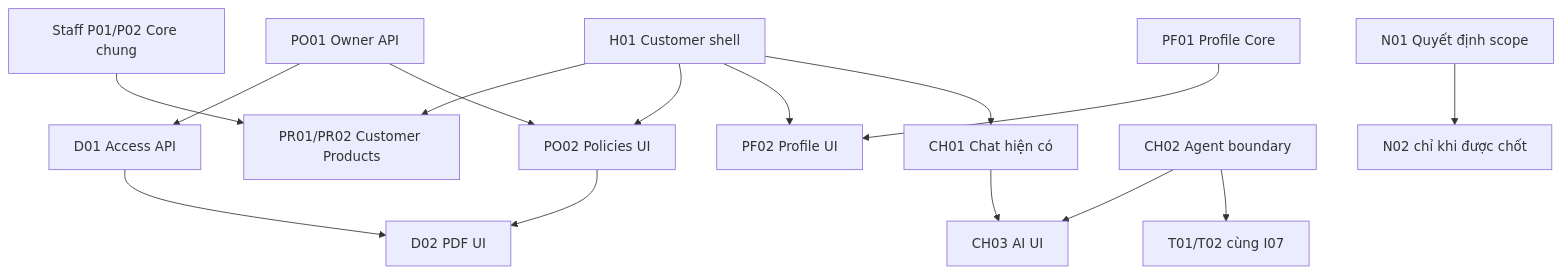
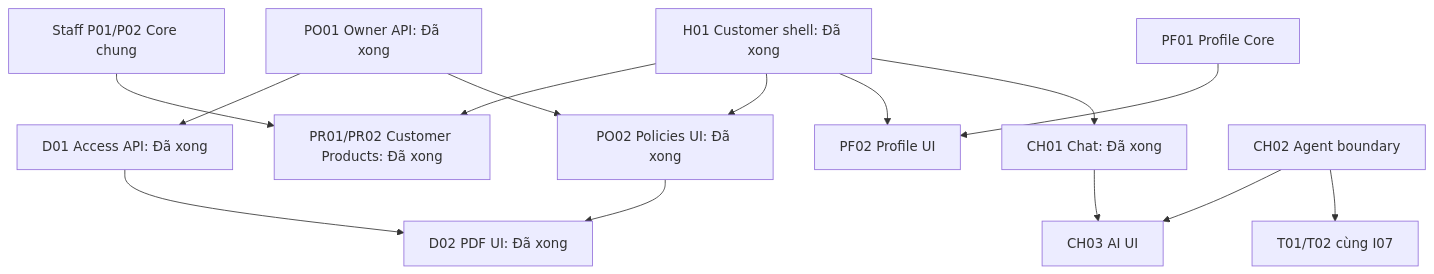
One commit to natuan05/LifeInsuranceAIAssistant changed the diagram in docs/ui/customer/plans/README.md. Above: the diagram before and after it, drawn with Mermaid. The commit also changed other lines of this file and 47 other files, not shown here.

Commit message:
feat(customer): implement customer portal with policies, products, shell and documentation

````diff
--- a/docs/ui/customer/plans/README.md
+++ b/docs/ui/customer/plans/README.md
@@ -38,17 +37,16 @@
 ```mermaid
 flowchart TD
-  P[Staff P01/P02 Core chung] --> PR[PR01/PR02 Customer Products]
-  H[H01 Customer shell] --> PR
-  H --> PO[PO02 Policies UI]
-  O[PO01 Owner API] --> D[D01 Access API]
+  P[Staff P01/P02 Core chung] --> PR[PR01/PR02 Customer Products: Đã xong]
+  H[H01 Customer shell: Đã xong] --> PR
+  H --> PO[PO02 Policies UI: Đã xong]
+  O[PO01 Owner API: Đã xong] --> D[D01 Access API: Đã xong]
   O --> PO
-  D --> V[D02 PDF UI]
+  D --> V[D02 PDF UI: Đã xong]
   PO --> V
   H --> PF[PF02 Profile UI]
   PC[PF01 Profile Core] --> PF
-  H --> CH[CH01 Chat hiện có]
+  H --> CH[CH01 Chat: Đã xong]
   AG[CH02 Agent boundary] --> AI[CH03 AI UI]
   CH --> AI
   AG --> T[T01/T02 cùng I07]
-  N[N01 Quyết định scope] --> NC[N02 chỉ khi được chốt]
 ```
````
